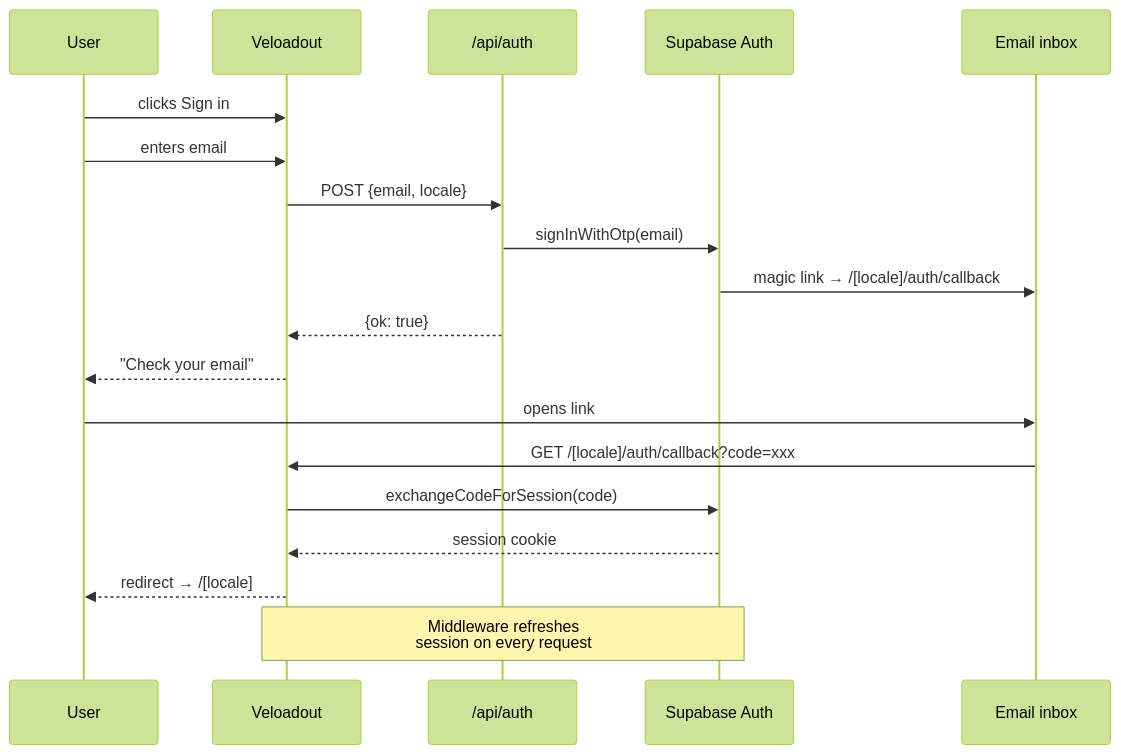
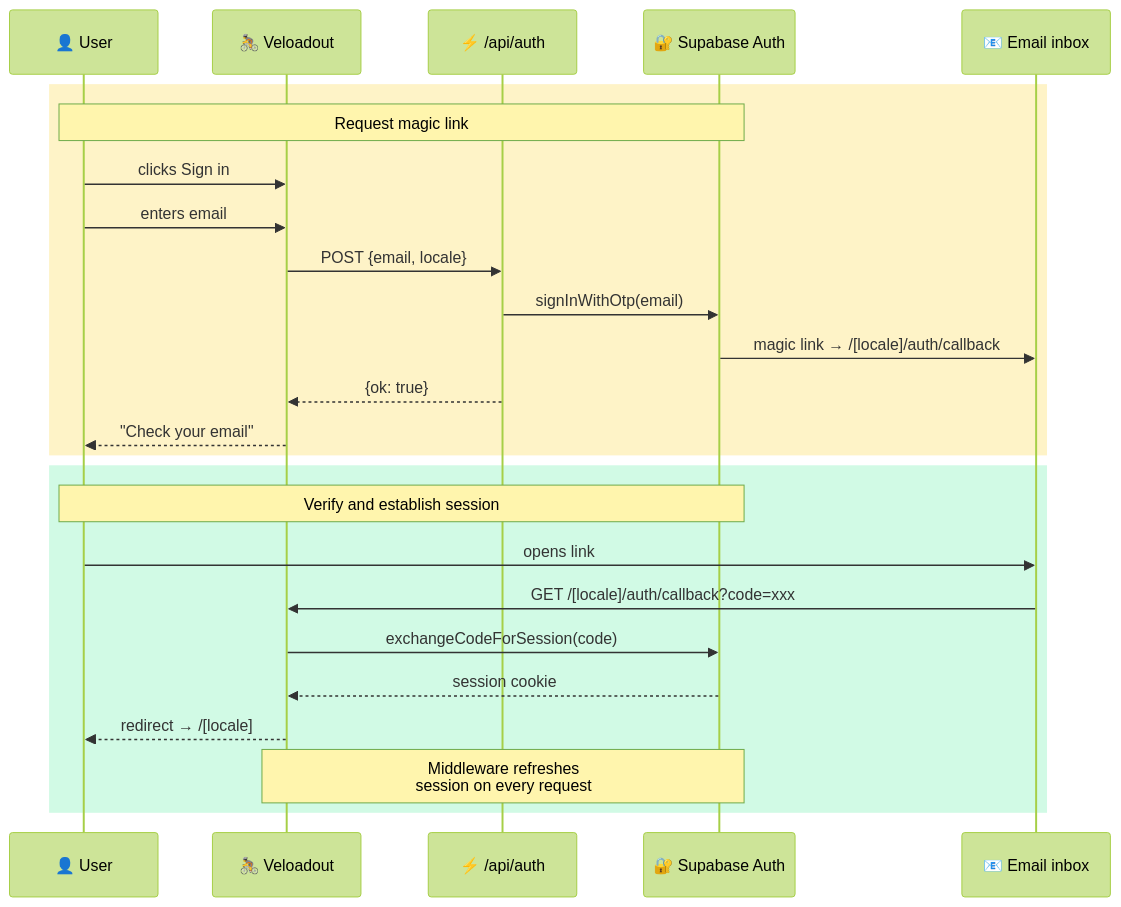
Before and after one commit to alexzhel-io/veloadout: the fourth of 14 diagrams in docs/architecture.md, drawn with Mermaid (forest theme). The commit also changed other lines of this file and 1 other file, not shown here.

Commit message:
docs: translate to English, pastel colors on all diagrams

````diff
--- a/docs/architecture.md
+++ b/docs/architecture.md
@@ -172,24 +179,29 @@
 ```mermaid
 sequenceDiagram
-    participant U as User
-    participant App as Veloadout
-    participant API as /api/auth
-    participant SB as Supabase Auth
-    participant Email as Email inbox
+    participant U as 👤 User
+    participant App as 🚴 Veloadout
+    participant API as ⚡ /api/auth
+    participant SB as 🔐 Supabase Auth
+    participant Email as 📧 Email inbox
 
-    U->>App: clicks Sign in
-    U->>App: enters email
-    App->>API: POST {email, locale}
-    API->>SB: signInWithOtp(email)
-    SB->>Email: magic link → /[locale]/auth/callback
-    API-->>App: {ok: true}
-    App-->>U: "Check your email"
+    rect rgb(254, 243, 199)
+        Note over U,SB: Request magic link
+        U->>App: clicks Sign in
+        U->>App: enters email
+        App->>API: POST {email, locale}
+        API->>SB: signInWithOtp(email)
+        SB->>Email: magic link → /[locale]/auth/callback
+        API-->>App: {ok: true}
+        App-->>U: "Check your email"
+    end
 
-    U->>Email: opens link
-    Email->>App: GET /[locale]/auth/callback?code=xxx
-    App->>SB: exchangeCodeForSession(code)
-    SB-->>App: session cookie
-    App-->>U: redirect → /[locale]
-
-    Note over App,SB: Middleware refreshes<br>session on every request
+    rect rgb(209, 250, 229)
+        Note over U,SB: Verify and establish session
+        U->>Email: opens link
+        Email->>App: GET /[locale]/auth/callback?code=xxx
+        App->>SB: exchangeCodeForSession(code)
+        SB-->>App: session cookie
+        App-->>U: redirect → /[locale]
+        Note over App,SB: Middleware refreshes<br>session on every request
+    end
 ```
````
